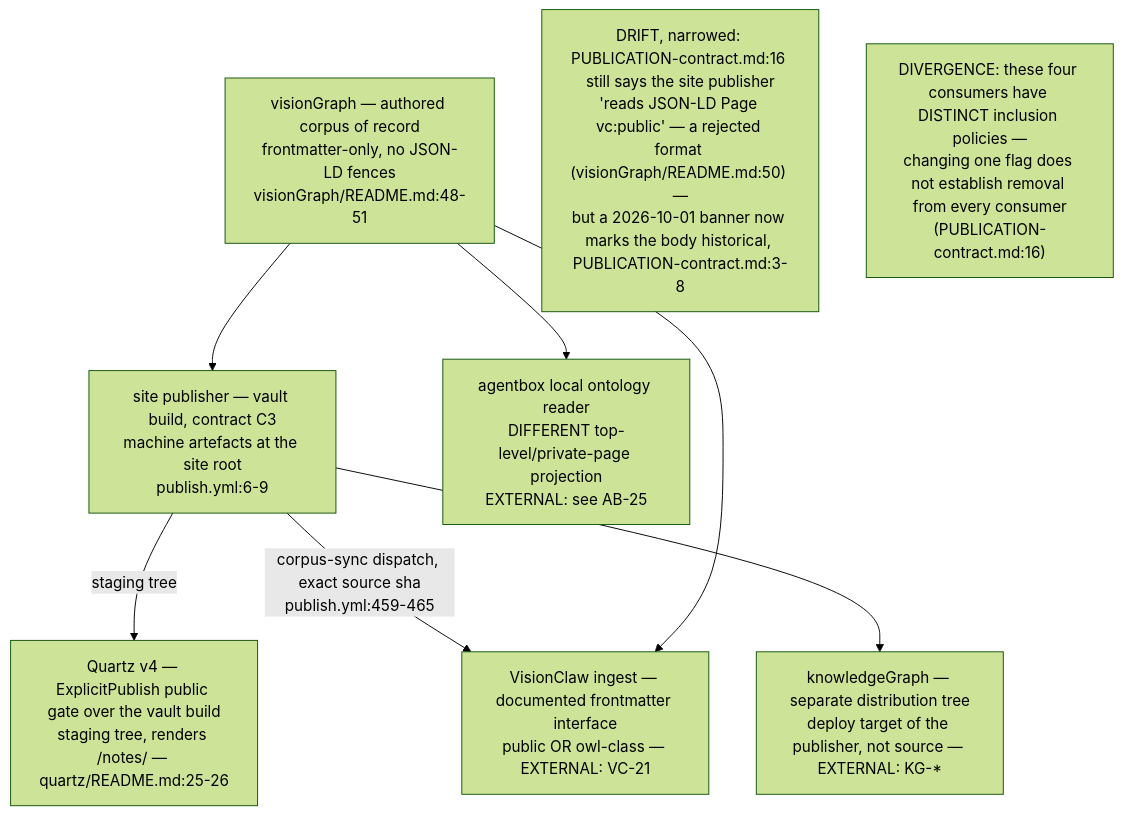
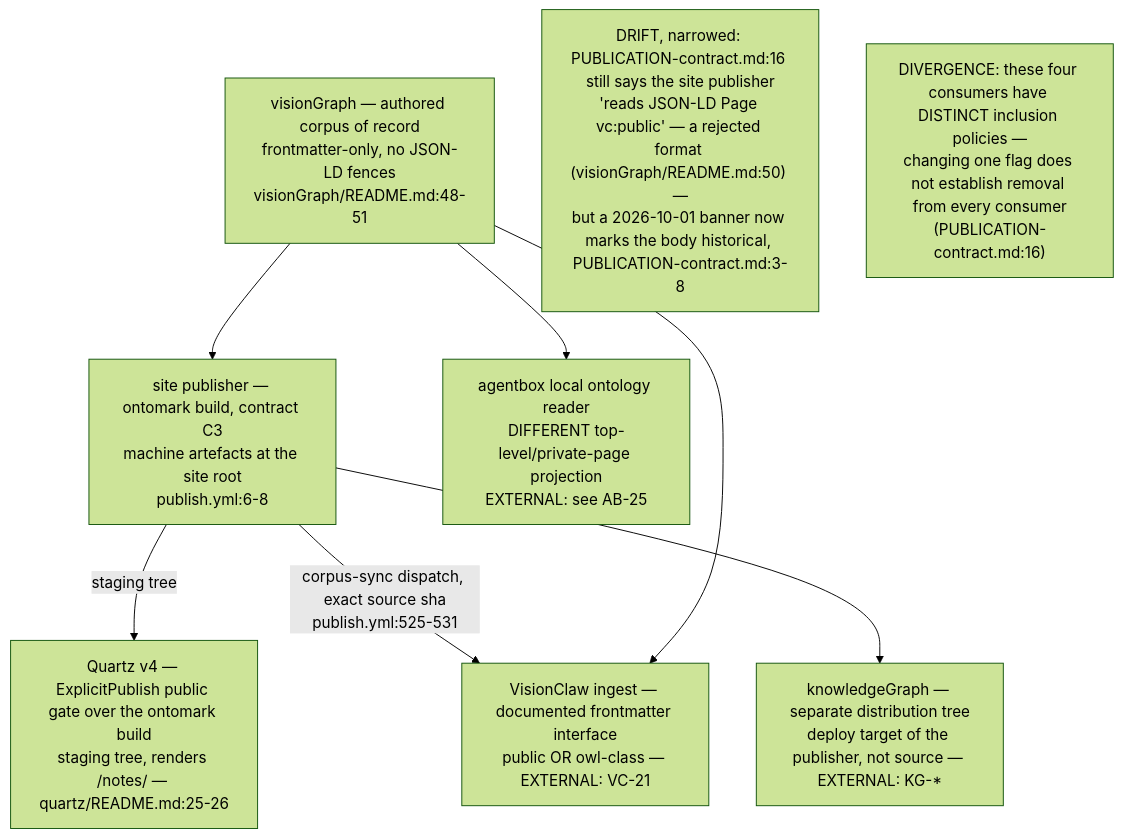
Before and after one commit to DreamLab-AI/VisionFlow: the second of 6 diagrams in docs/diagrams/visiongraph/01-vault-structure-and-contract.md, drawn with Mermaid (forest theme). The commit also changed other lines of this file and 160 other files, not shown here.

````diff
--- a/docs/diagrams/visiongraph/01-vault-structure-and-contract.md
+++ b/docs/diagrams/visiongraph/01-vault-structure-and-contract.md
@@ -69,17 +71,17 @@
 ```mermaid
 flowchart TB
     SRC["visionGraph — authored corpus of record<br/>frontmatter-only, no JSON-LD fences<br/>visionGraph/README.md:48-51"]
-    SITE["site publisher — vault build, contract C3<br/>machine artefacts at the site root<br/>publish.yml:6-9"]
-    QRTZ["Quartz v4 — ExplicitPublish public gate over the vault build<br/>staging tree, renders #47;notes#47; — quartz/README.md:25-26"]
+    SITE["site publisher — ontomark build, contract C3<br/>machine artefacts at the site root<br/>publish.yml:6-8"]
+    QRTZ["Quartz v4 — ExplicitPublish public gate over the ontomark build<br/>staging tree, renders #47;notes#47; — quartz/README.md:25-26"]
     VC["VisionClaw ingest — documented frontmatter interface<br/>public OR owl-class — EXTERNAL: VC-21"]
     AB["agentbox local ontology reader<br/>DIFFERENT top-level/private-page projection<br/>EXTERNAL: see AB-25"]
     KG["knowledgeGraph — separate distribution tree<br/>deploy target of the publisher, not source — EXTERNAL: KG-*"]
     SRC --> SITE
     SITE -->|"staging tree"| QRTZ
-    SITE -->|"corpus-sync dispatch, exact source sha<br/>publish.yml:459-465"| VC
+    SITE -->|"corpus-sync dispatch, exact source sha<br/>publish.yml:525-531"| VC
     SRC --> VC
     SRC --> AB
     SITE --> KG
     note1["DRIFT, narrowed: PUBLICATION-contract.md:16 still says the site publisher<br/>'reads JSON-LD Page vc:public' — a rejected format #40;visionGraph/README.md:50#41; —<br/>but a 2026-10-01 banner now marks the body historical, PUBLICATION-contract.md:3-8"]
     note2["DIVERGENCE: these four consumers have DISTINCT inclusion policies —<br/>changing one flag does not establish removal from every consumer<br/>#40;PUBLICATION-contract.md:16#41;"]
 ```
````
